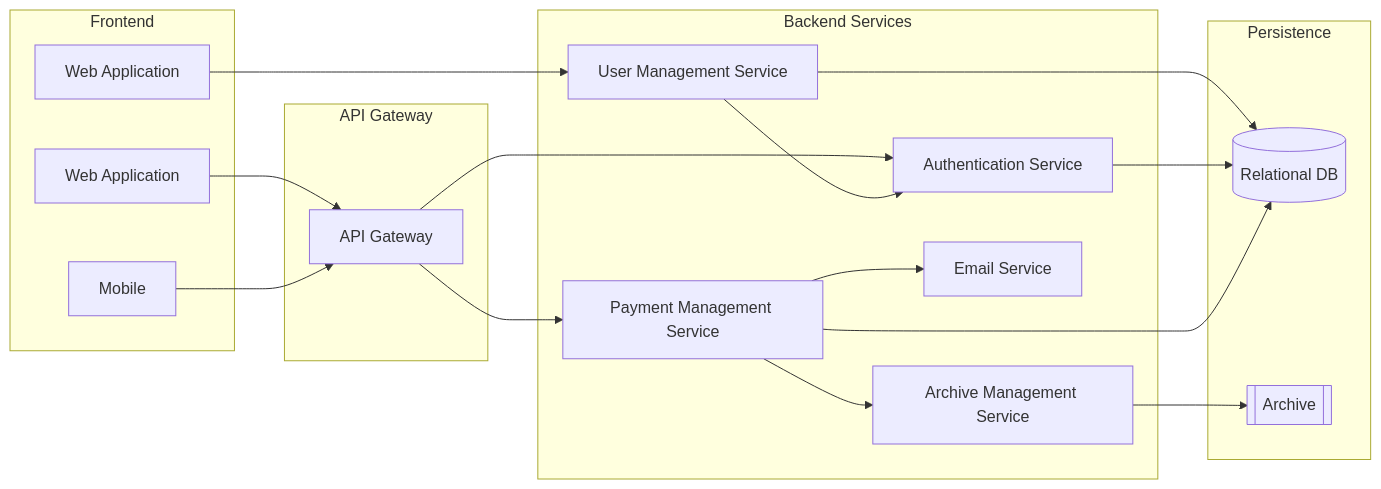
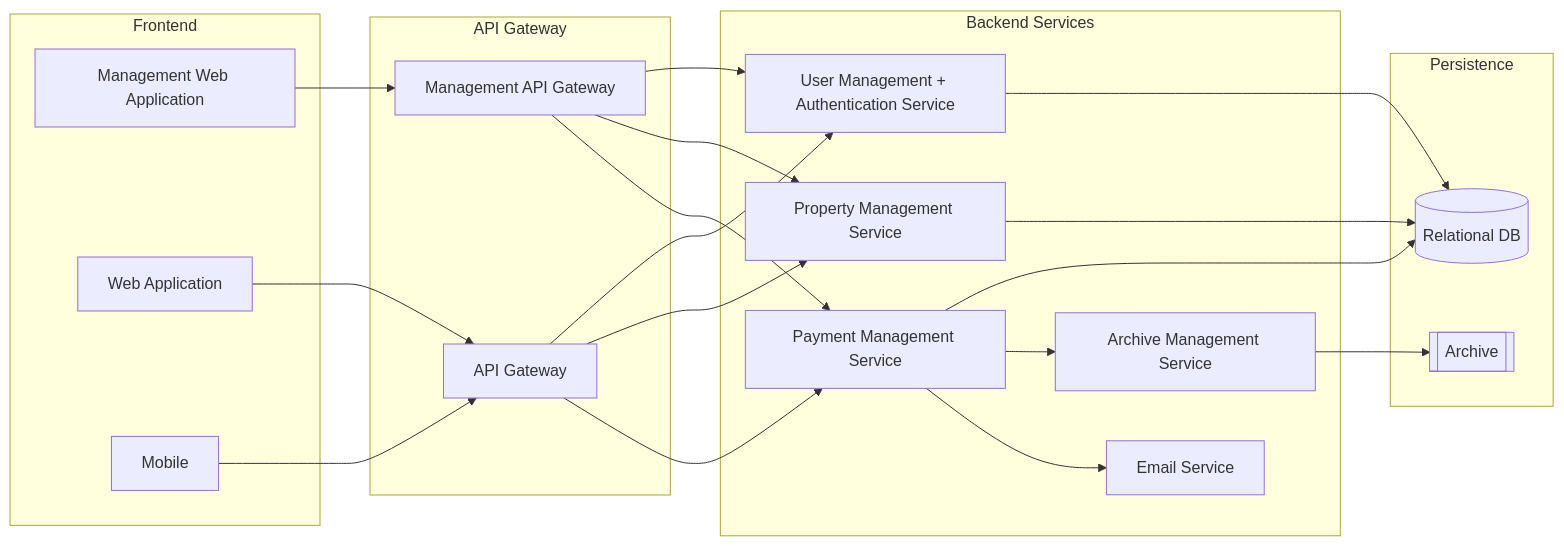
Before and after one commit to richy1623/property_management_system: the diagram in docs/MicroserviceArchitecture.md, drawn with Mermaid. The commit also changed 11 other files, not shown here.

````diff
--- a/docs/MicroserviceArchitecture.md
+++ b/docs/MicroserviceArchitecture.md
@@ -3,40 +3,44 @@
 ```mermaid
 flowchart LR
   subgraph Frontend
-    Web1[Web Application]
+    Web1[Management Web Application]
     Web2[Web Application]
     Mobile[Mobile]
   end
 
   subgraph APIGW[API Gateway]
+    ManagementGateway[Management API Gateway]
     Gateway[API Gateway]
   end
 
   subgraph Backend["Backend Services"]
-    UMS[User Management Service]
-    Auth[Authentication Service]
+    UMS[User Management + Authentication Service]
+    Property[Property Management Service]
     Finance[Payment Management Service]
     File[Archive Management Service]
     Email[Email Service]
   end
 
   subgraph Persistence
     DB[(Relational DB)]
     Archive[[Archive]]
   end
 
-  Web1 --> UMS
+  Web1 --> ManagementGateway
   Web2 --> Gateway
   Mobile --> Gateway
 
-  Gateway --> Auth
+  ManagementGateway --> UMS
+  ManagementGateway --> Property
+  ManagementGateway --> Finance
+  Gateway --> UMS
+  Gateway --> Property
   Gateway --> Finance
 
-  UMS --> Auth
   UMS --> DB
-  Auth --> DB
+  Property --> DB
   Finance --> DB
   Finance --> File
   File --> Archive
   Finance --> Email
 ```
````
